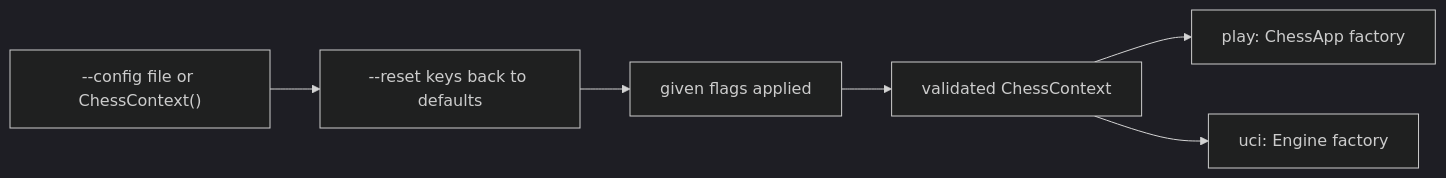
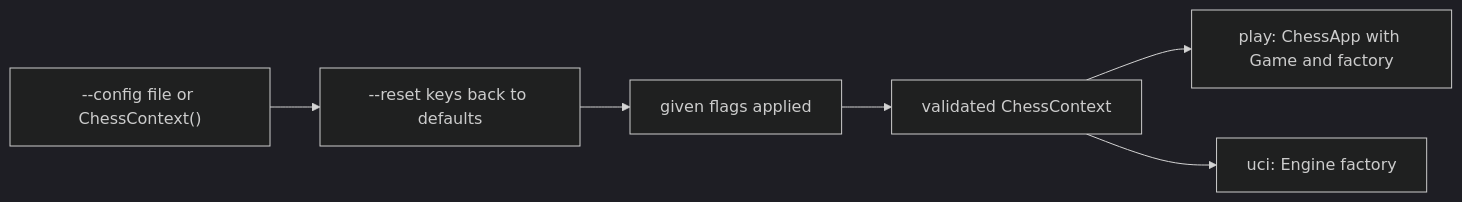
Before and after one commit to darieldatoon/langchain-chess: the first of 2 diagrams in openwiki/integrations/terminal-ui.md, drawn with Mermaid (dark theme). The commit also changed other lines of this file and 48 other files, not shown here.

````diff
--- a/openwiki/integrations/terminal-ui.md
+++ b/openwiki/integrations/terminal-ui.md
@@ -106,8 +144,8 @@
 ```mermaid
 flowchart LR
   file["--config file or ChessContext()"] --> reset["--reset keys back to defaults"]
   reset --> flags["given flags applied"]
   flags --> ctx["validated ChessContext"]
-  ctx --> play["play: ChessApp factory"]
+  ctx --> play["play: ChessApp with Game and factory"]
   ctx --> uci["uci: Engine factory"]
 ```
````
